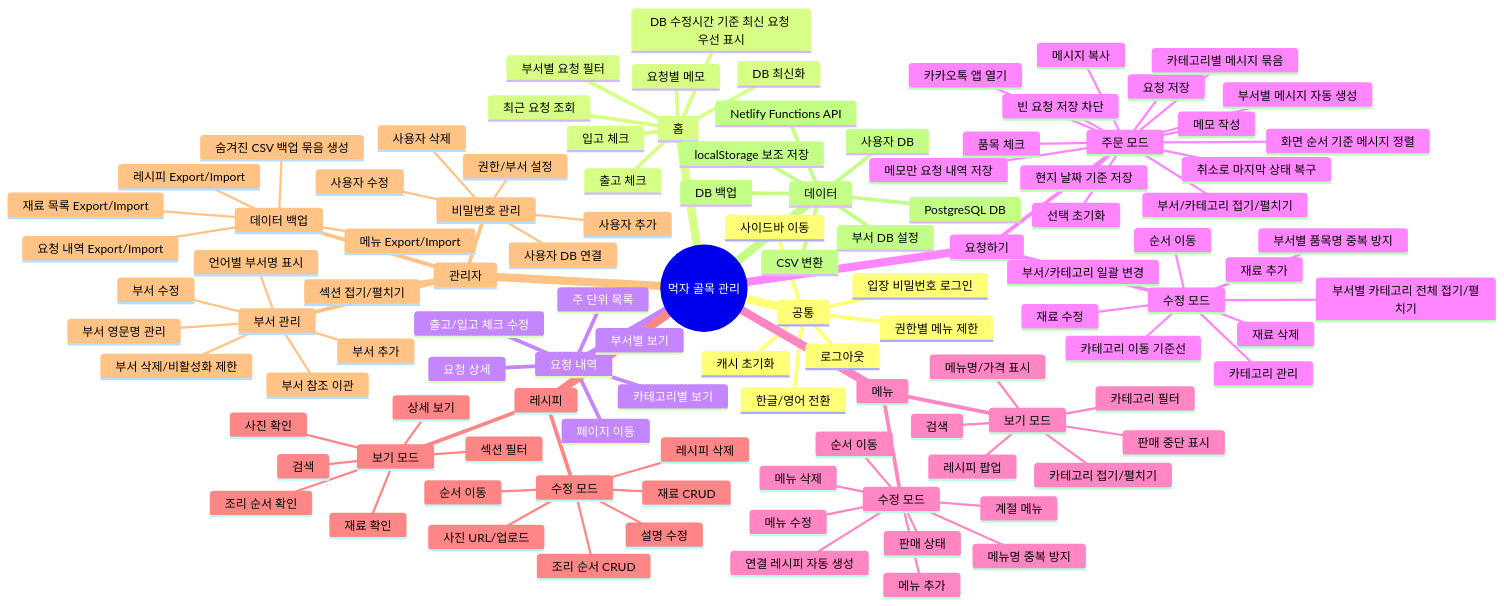
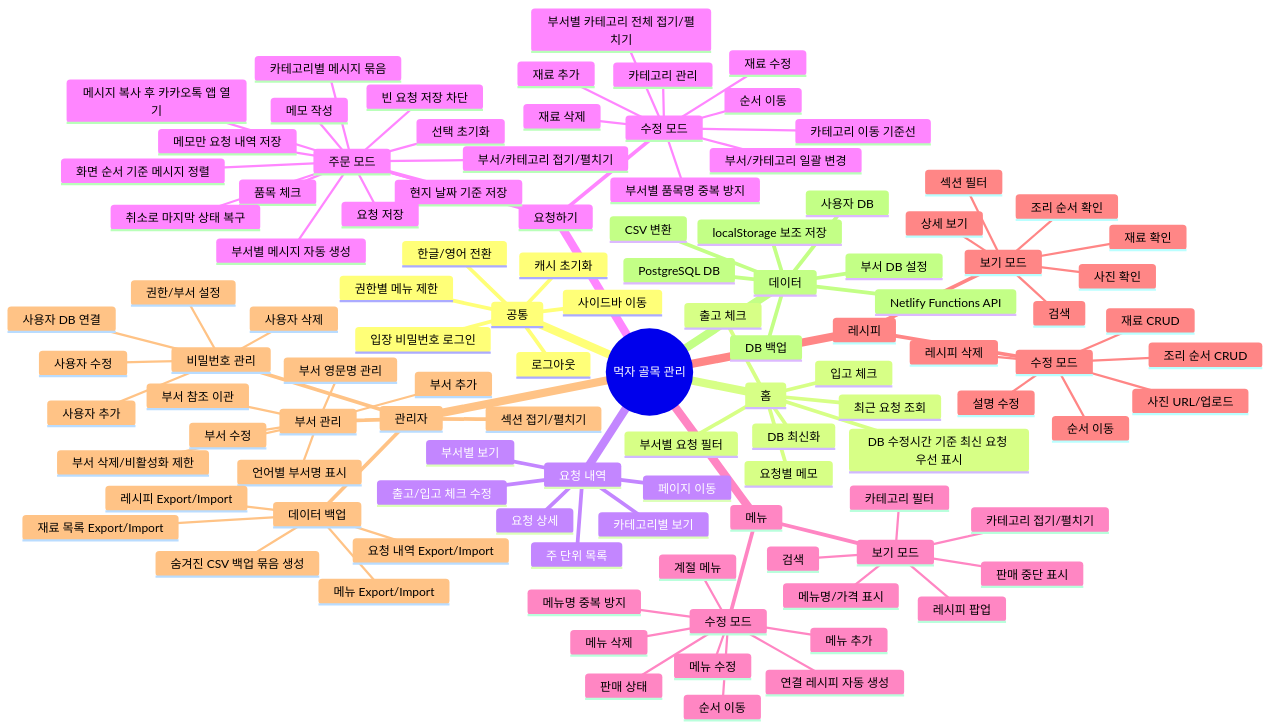
Before and after one commit to itsfreedom/mukja: the diagram in docs/mukja-function-tree-ko.md, drawn with Mermaid. The commit also changed other lines of this file and 14 other files, not shown here.

```diff
--- a/docs/mukja-function-tree-ko.md
+++ b/docs/mukja-function-tree-ko.md
@@ -45,8 +45,7 @@
         부서별 메시지 자동 생성
         화면 순서 기준 메시지 정렬
         카테고리별 메시지 묶음
-        메시지 복사
-        카카오톡 앱 열기
+        메시지 복사 후 카카오톡 앱 열기
         부서/카테고리 접기/펼치기
         선택 초기화
       수정 모드
```
